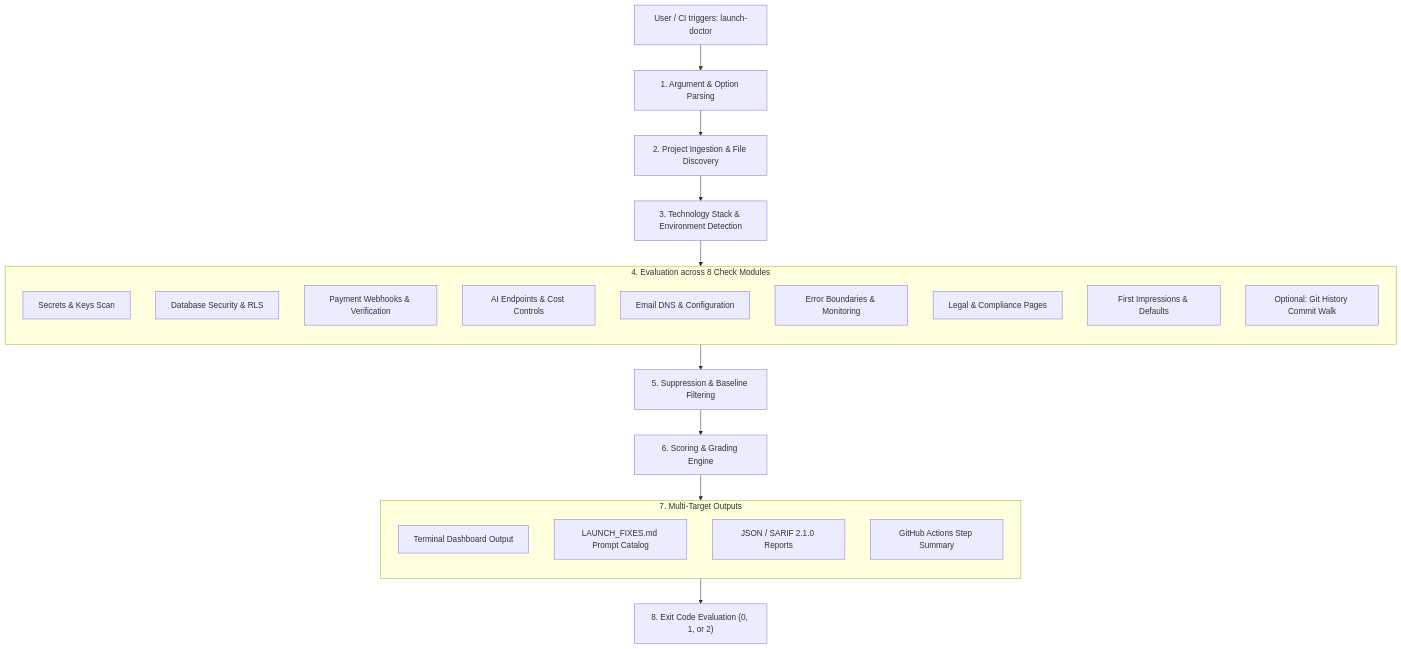
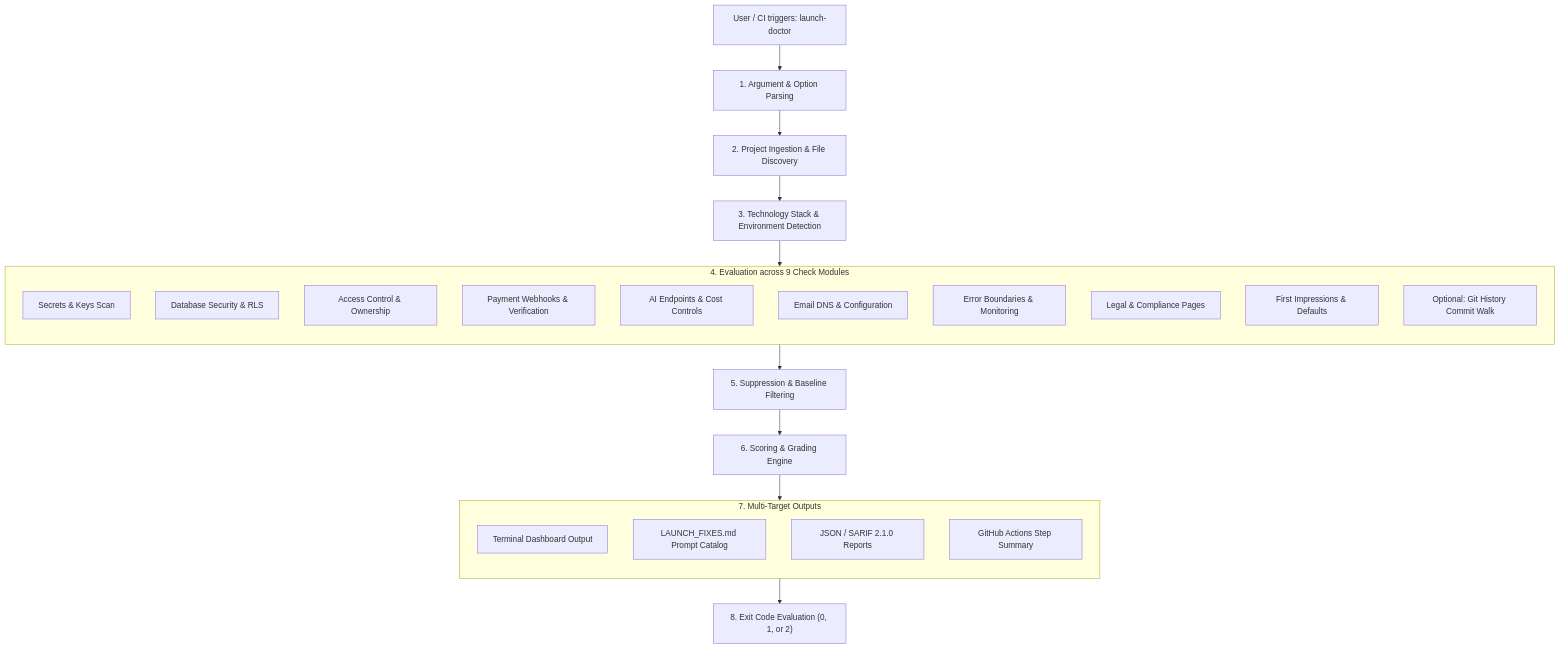
Before and after one commit to SHARAJ379/launch-doctor: the first of 2 diagrams in README.md, drawn with Mermaid. The commit also changed other lines of this file and 10 other files, not shown here.

First line of the commit message:
Add an access-control category (authorization and IDOR checks) (#5)

````diff
--- a/README.md
+++ b/README.md
@@ -85,34 +86,35 @@
 ```mermaid
 flowchart TD
     Start["User / CI triggers: launch-doctor"] --> ParseArgs["1. Argument & Option Parsing"]
     ParseArgs --> LoadContext["2. Project Ingestion & File Discovery"]
     LoadContext --> DetectStack["3. Technology Stack & Environment Detection"]
     DetectStack --> ChecksSuite
     
-    subgraph ChecksSuite["4. Evaluation across 8 Check Modules"]
+    subgraph ChecksSuite["4. Evaluation across 9 Check Modules"]
         direction TB
         C1["Secrets & Keys Scan"]
         C2["Database Security & RLS"]
+        C2b["Access Control & Ownership"]
         C3["Payment Webhooks & Verification"]
         C4["AI Endpoints & Cost Controls"]
         C5["Email DNS & Configuration"]
         C6["Error Boundaries & Monitoring"]
         C7["Legal & Compliance Pages"]
         C8["First Impressions & Defaults"]
         C_Hist["Optional: Git History Commit Walk"]
     end
     
     ChecksSuite --> FilterIgnore["5. Suppression & Baseline Filtering"]
     FilterIgnore --> ScoringEngine["6. Scoring & Grading Engine"]
     ScoringEngine --> OutputDispatch
     
     subgraph OutputDispatch["7. Multi-Target Outputs"]
         direction TB
         Out1["Terminal Dashboard Output"]
         Out2["LAUNCH_FIXES.md Prompt Catalog"]
         Out3["JSON / SARIF 2.1.0 Reports"]
         Out4["GitHub Actions Step Summary"]
     end
     
     OutputDispatch --> ExitEval["8. Exit Code Evaluation (0, 1, or 2)"]
 ```
````
